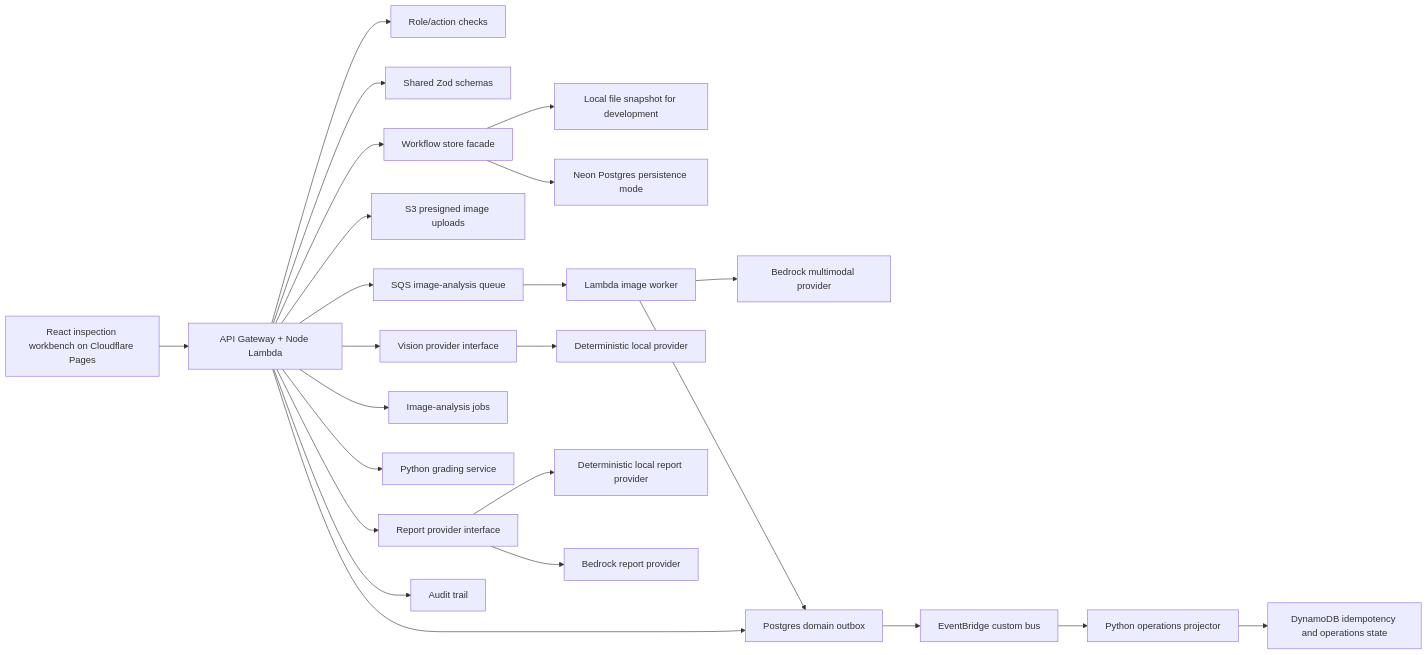
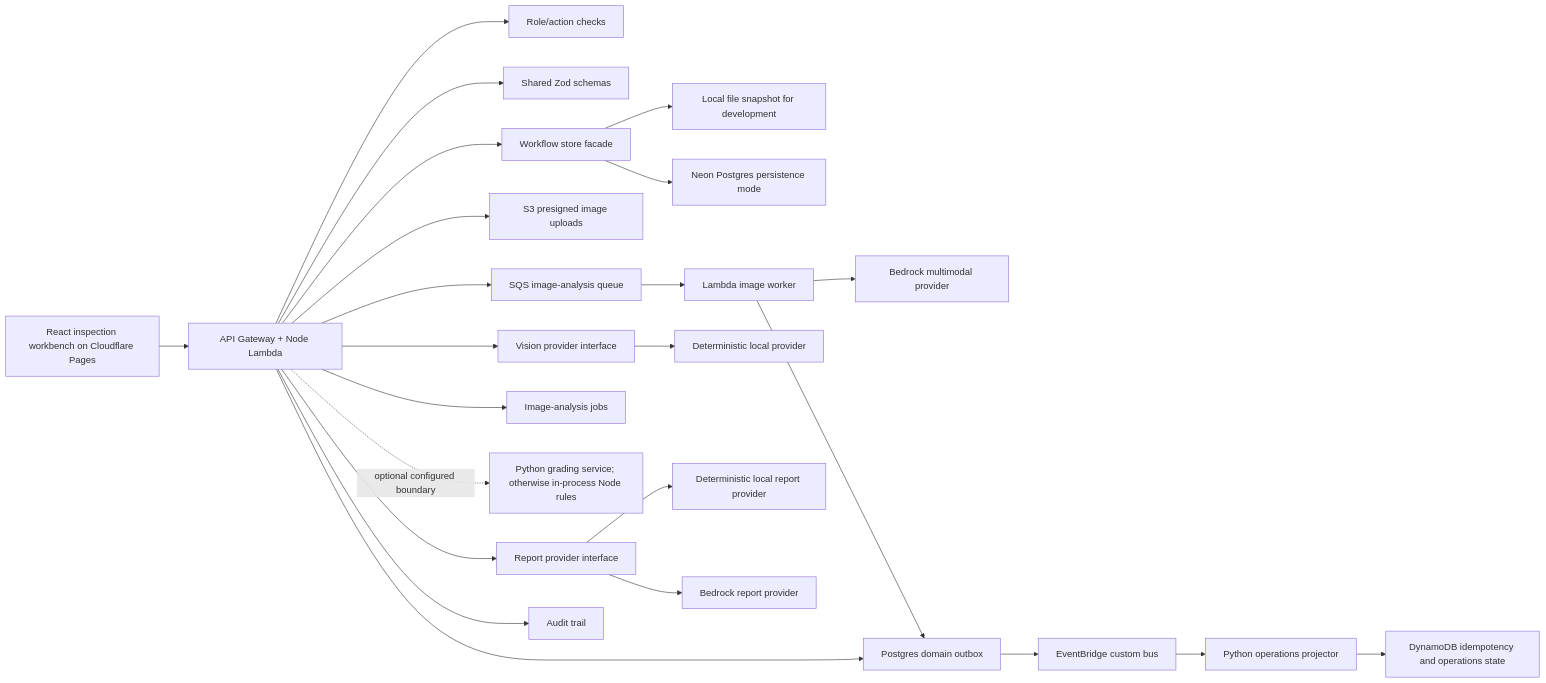
The diagram in docs/architecture.md (manynames3/inspectiq), drawn with Mermaid before and after one commit. The commit also changed other lines of this file and 14 other files, not shown here.

````diff
--- a/docs/architecture.md
+++ b/docs/architecture.md
@@ -9,26 +11,26 @@
 ```mermaid
 flowchart LR
   UI[React inspection workbench on Cloudflare Pages] --> API[API Gateway + Node Lambda]
   API --> RBAC[Role/action checks]
   API --> Schemas[Shared Zod schemas]
   API --> Store[Workflow store facade]
   Store --> FileStore[Local file snapshot for development]
   Store --> PG[Neon Postgres persistence mode]
   API --> S3[S3 presigned image uploads]
   API --> Queue[SQS image-analysis queue]
   Queue --> Worker[Lambda image worker]
   API --> Vision[Vision provider interface]
   Vision --> LocalVision[Deterministic local provider]
   Worker --> BedrockVision[Bedrock multimodal provider]
   API --> Jobs[Image-analysis jobs]
-  API --> Python[Python grading service]
+  API -. optional configured boundary .-> Python[Python grading service; otherwise in-process Node rules]
   API --> Report[Report provider interface]
   Report --> LocalReport[Deterministic local report provider]
   Report --> BedrockReport[Bedrock report provider]
   API --> Audit[Audit trail]
   API --> Outbox[Postgres domain outbox]
   Worker --> Outbox
   Outbox --> Events[EventBridge custom bus]
   Events --> Projector[Python operations projector]
   Projector --> DDB[DynamoDB idempotency and operations state]
 ```
````
